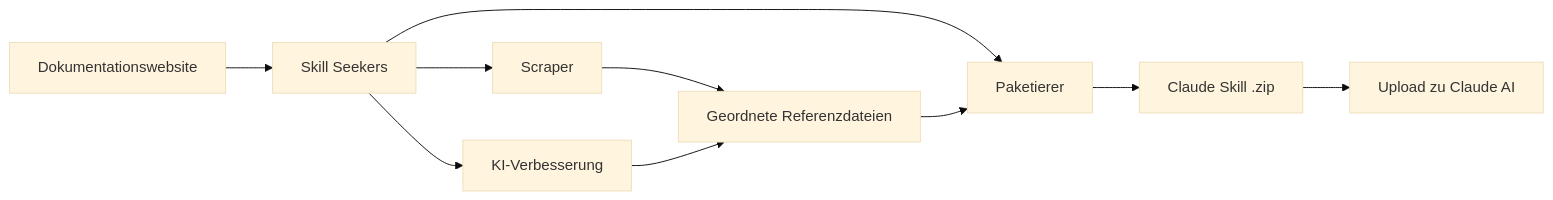
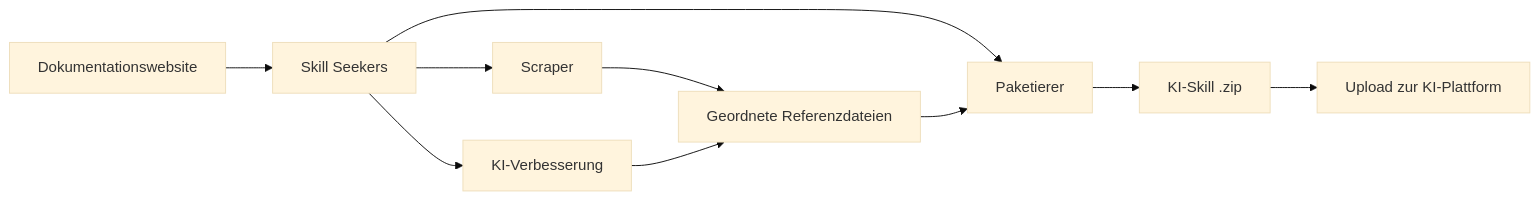
Before and after one commit to yusufkaraaslan/Skill_Seekers: the diagram in README.de.md, drawn with Mermaid (base theme). The commit also changed other lines of this file and 38 other files, not shown here.

````diff
--- a/README.de.md
+++ b/README.de.md
@@ -767,12 +935,12 @@
 ```mermaid
 graph LR
     A[Dokumentationswebsite] --> B[Skill Seekers]
     B --> C[Scraper]
     B --> D[KI-Verbesserung]
     B --> E[Paketierer]
     C --> F[Geordnete Referenzdateien]
     D --> F
     F --> E
-    E --> G[Claude Skill .zip]
-    G --> H[Upload zu Claude AI]
+    E --> G[KI-Skill .zip]
+    G --> H[Upload zur KI-Plattform]
 ```
````
